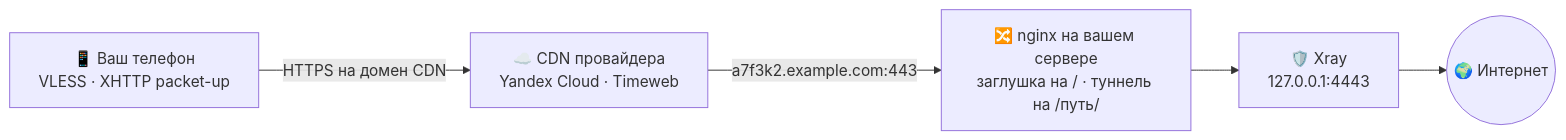
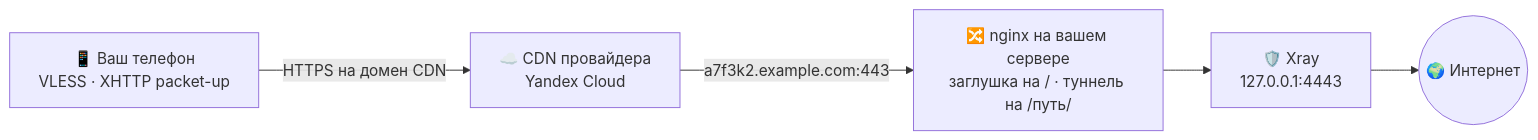
The diagram in README.md (CraftStick/node-installer-cdn), drawn with Mermaid before and after one commit. The commit also changed other lines of this file and 2 other files, not shown here.

First line of the commit message:
Timeweb убран: его CDN не пропускает запросы туннеля

````diff
--- a/README.md
+++ b/README.md
@@ -122,12 +116,12 @@
 ```mermaid
 flowchart LR
     C["📱 Ваш телефон<br/>VLESS · XHTTP packet-up"]
-    CDN["☁️ CDN провайдера<br/>Yandex Cloud · Timeweb"]
+    CDN["☁️ CDN провайдера<br/>Yandex Cloud"]
     N["🔀 nginx на вашем сервере<br/>заглушка на / · туннель на /путь/"]
     X["🛡️ Xray<br/>127.0.0.1:4443"]
     I(("🌍 Интернет"))
 
     C -->|"HTTPS на домен CDN"| CDN
     CDN -->|"a7f3k2.example.com:443"| N
     N --> X --> I
 ```
````
